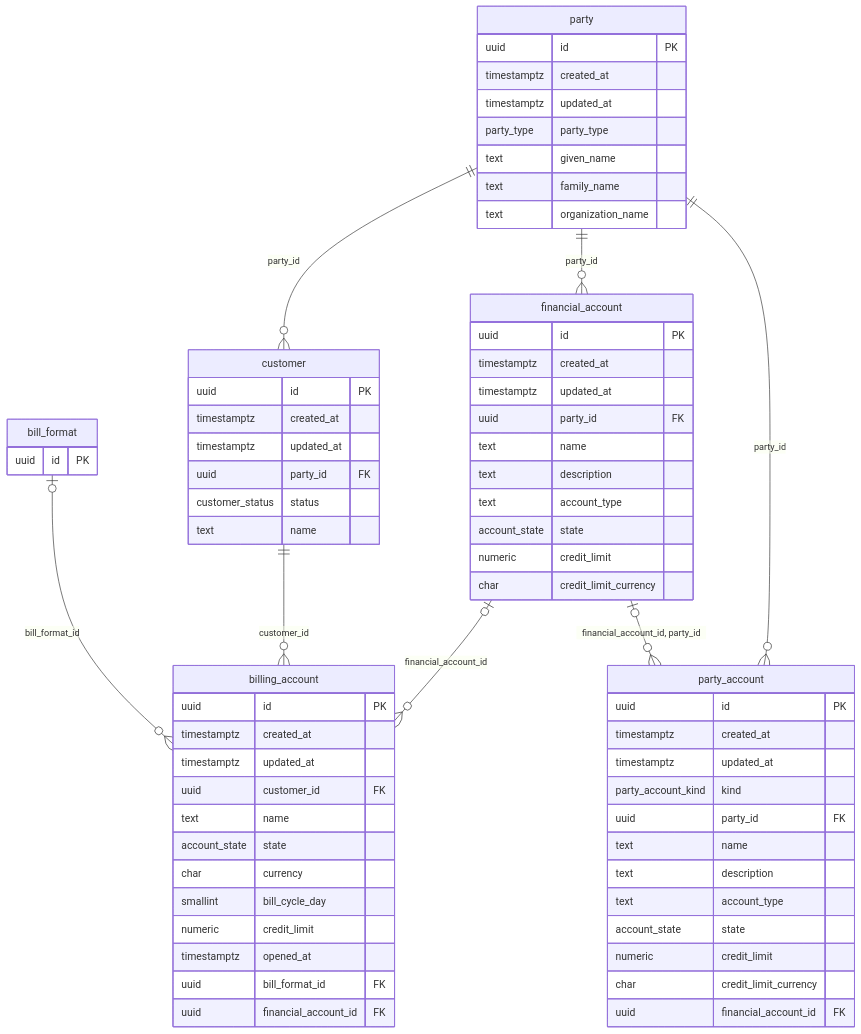
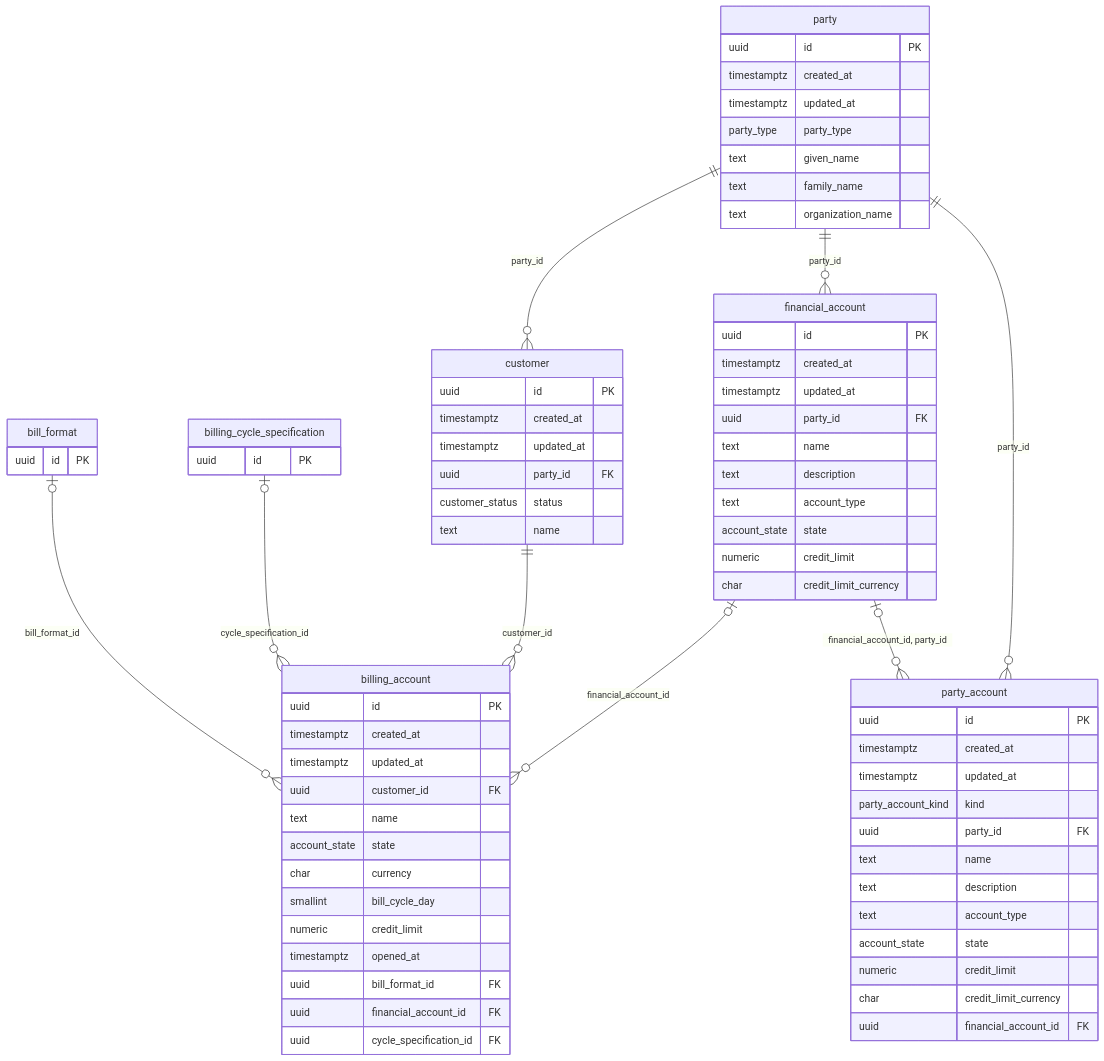
Before and after one commit to altharmz/bss: the second of 8 diagrams in docs/db/README.md, drawn with Mermaid. The commit also changed other lines of this file and 37 other files, not shown here.

````diff
--- a/docs/db/README.md
+++ b/docs/db/README.md
@@ -158,70 +161,75 @@
 ```mermaid
 erDiagram
   party {
     uuid id PK
     timestamptz created_at
     timestamptz updated_at
     party_type party_type
     text given_name
     text family_name
     text organization_name
   }
   customer {
     uuid id PK
     timestamptz created_at
     timestamptz updated_at
     uuid party_id FK
     customer_status status
     text name
   }
   billing_account {
     uuid id PK
     timestamptz created_at
     timestamptz updated_at
     uuid customer_id FK
     text name
     account_state state
     char currency
     smallint bill_cycle_day
     numeric credit_limit
     timestamptz opened_at
     uuid bill_format_id FK
     uuid financial_account_id FK
+    uuid cycle_specification_id FK
   }
   financial_account {
     uuid id PK
     timestamptz created_at
     timestamptz updated_at
     uuid party_id FK
     text name
     text description
     text account_type
     account_state state
     numeric credit_limit
     char credit_limit_currency
   }
   party_account {
     uuid id PK
     timestamptz created_at
     timestamptz updated_at
     party_account_kind kind
     uuid party_id FK
     text name
     text description
     text account_type
     account_state state
     numeric credit_limit
     char credit_limit_currency
     uuid financial_account_id FK
   }
   bill_format {
     uuid id PK
   }
+  billing_cycle_specification {
+    uuid id PK
+  }
   bill_format |o--o{ billing_account : "bill_format_id"
+  billing_cycle_specification |o--o{ billing_account : "cycle_specification_id"
   customer ||--o{ billing_account : "customer_id"
   financial_account |o--o{ billing_account : "financial_account_id"
   financial_account |o--o{ party_account : "financial_account_id, party_id"
   party ||--o{ customer : "party_id"
   party ||--o{ financial_account : "party_id"
   party ||--o{ party_account : "party_id"
 ```
````
